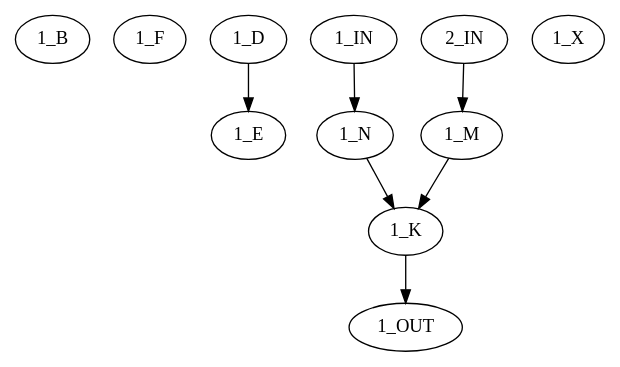
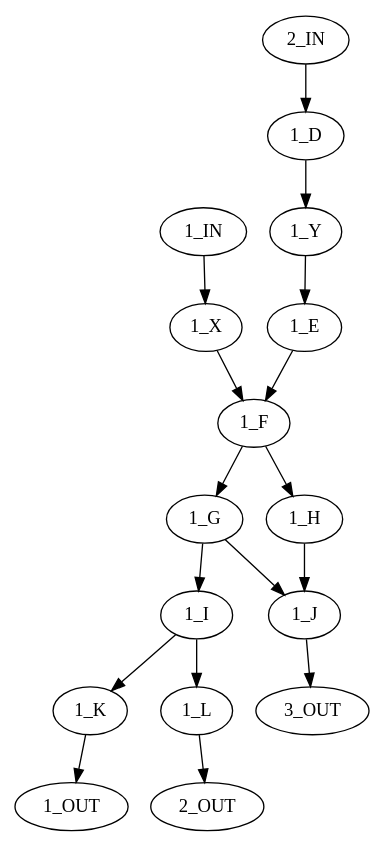
The diagram in theOutputFile.dot (uwpktngiengo/DAGmodifier), drawn with Graphviz before and after one commit. The commit also changed 9 other files, not shown here.

```diff
--- a/theOutputFile.dot
+++ b/theOutputFile.dot
@@ -1,20 +1,35 @@
 digraph D {
-  "1_B"
-  "1_F"
+  "1_IN"
+  "2_IN"
   "1_D"
   "1_E"
-  "1_IN"
-  "1_N"
-  "2_IN"
-  "1_M"
+  "1_F"
+  "1_G"
+  "1_H"
+  "1_I"
+  "1_J"
   "1_K"
+  "1_L"
   "1_OUT"
+  "2_OUT"
+  "3_OUT"
   "1_X"
+  "1_Y"
 
-  "1_D" -> "1_E"
-  "1_IN" -> "1_N"
-  "1_N" -> "1_K"
-  "2_IN" -> "1_M"
-  "1_M" -> "1_K"
+  "1_IN" -> "1_X"
+  "2_IN" -> "1_D"
+  "1_D" -> "1_Y"
+  "1_E" -> "1_F"
+  "1_F" -> "1_G"
+  "1_F" -> "1_H"
+  "1_G" -> "1_I"
+  "1_G" -> "1_J"
+  "1_H" -> "1_J"
+  "1_I" -> "1_K"
+  "1_I" -> "1_L"
+  "1_J" -> "3_OUT"
   "1_K" -> "1_OUT"
+  "1_L" -> "2_OUT"
+  "1_X" -> "1_F"
+  "1_Y" -> "1_E"
 }
```
